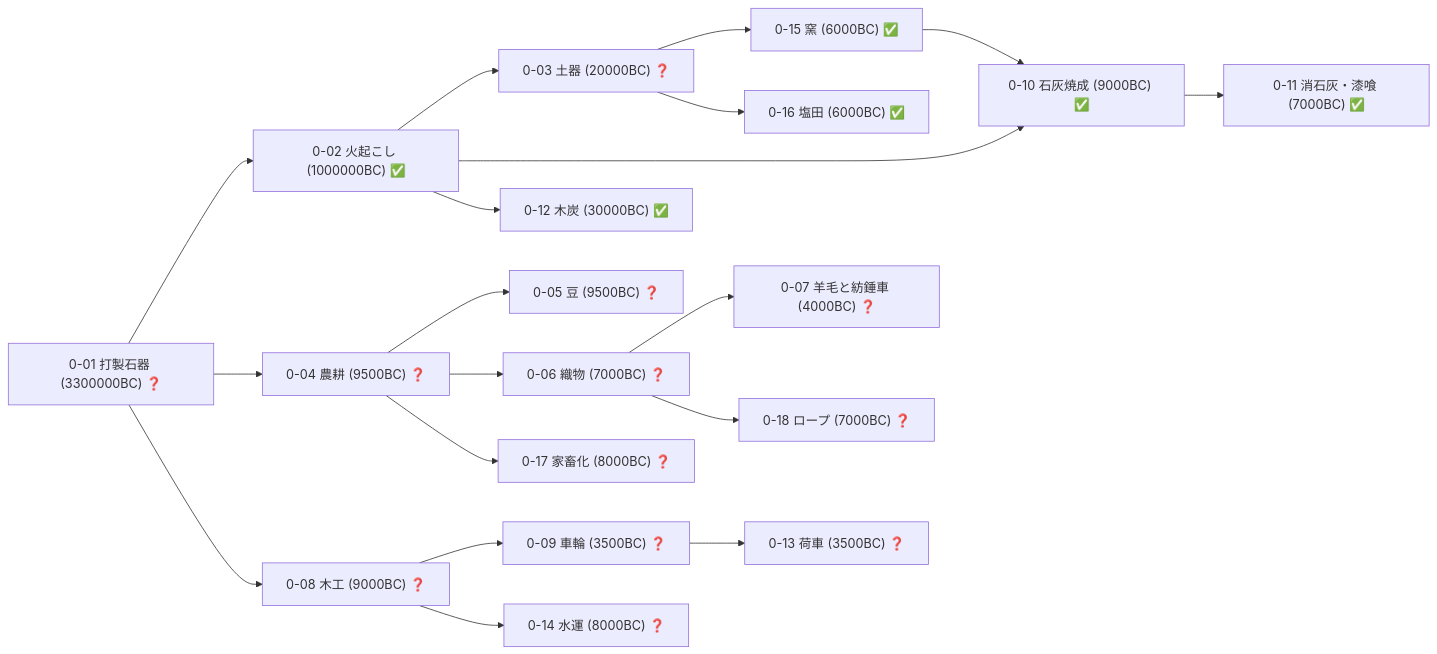
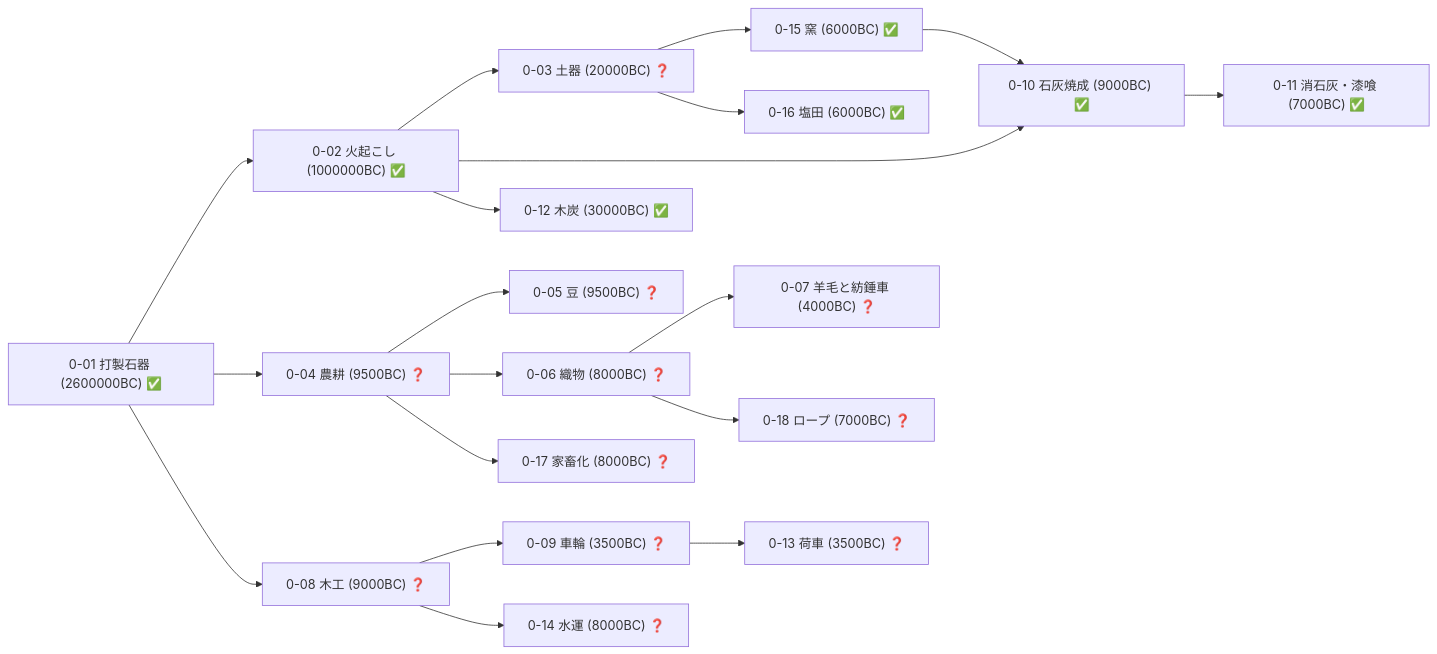
The third of 19 diagrams in docs/TECH_TREE_VIEW.md (taku3i0317-collab/semiconductor-lab), drawn with Mermaid before and after one commit. The commit also changed other lines of this file and 32 other files, not shown here.

````diff
--- a/docs/TECH_TREE_VIEW.md
+++ b/docs/TECH_TREE_VIEW.md
@@ -134,39 +134,39 @@
 ```mermaid
 graph LR
-  n0_01["0-01 打製石器 (3300000BC) ❓"]
+  n0_01["0-01 打製石器 (2600000BC) ✅"]
   n0_02["0-02 火起こし (1000000BC) ✅"]
   n0_03["0-03 土器 (20000BC) ❓"]
   n0_04["0-04 農耕 (9500BC) ❓"]
   n0_05["0-05 豆 (9500BC) ❓"]
-  n0_06["0-06 織物 (7000BC) ❓"]
+  n0_06["0-06 織物 (8000BC) ❓"]
   n0_07["0-07 羊毛と紡錘車 (4000BC) ❓"]
   n0_08["0-08 木工 (9000BC) ❓"]
   n0_09["0-09 車輪 (3500BC) ❓"]
   n0_10["0-10 石灰焼成 (9000BC) ✅"]
   n0_11["0-11 消石灰・漆喰 (7000BC) ✅"]
   n0_12["0-12 木炭 (30000BC) ✅"]
   n0_13["0-13 荷車 (3500BC) ❓"]
   n0_14["0-14 水運 (8000BC) ❓"]
   n0_15["0-15 窯 (6000BC) ✅"]
   n0_16["0-16 塩田 (6000BC) ✅"]
   n0_17["0-17 家畜化 (8000BC) ❓"]
   n0_18["0-18 ロープ (7000BC) ❓"]
   n0_01-->n0_02
   n0_02-->n0_03
   n0_01-->n0_04
   n0_04-->n0_05
   n0_04-->n0_06
   n0_06-->n0_07
   n0_01-->n0_08
   n0_08-->n0_09
   n0_02-->n0_10
   n0_15-->n0_10
   n0_10-->n0_11
   n0_02-->n0_12
   n0_09-->n0_13
   n0_08-->n0_14
   n0_03-->n0_15
   n0_03-->n0_16
   n0_04-->n0_17
   n0_06-->n0_18
 ```
````
